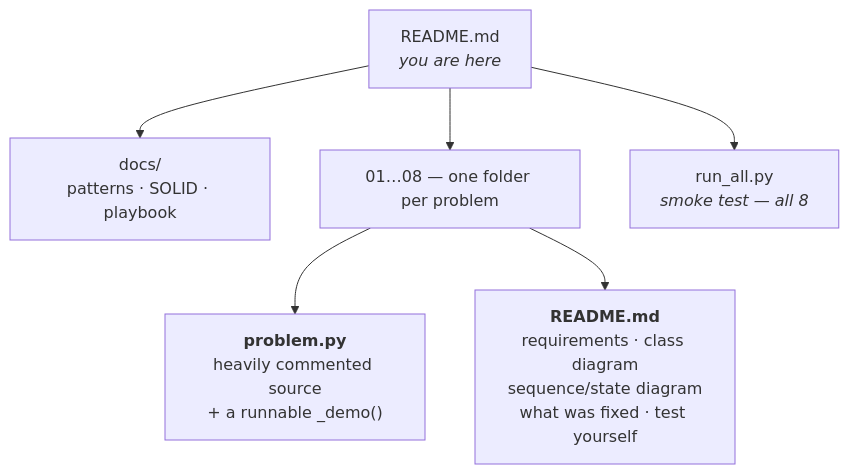
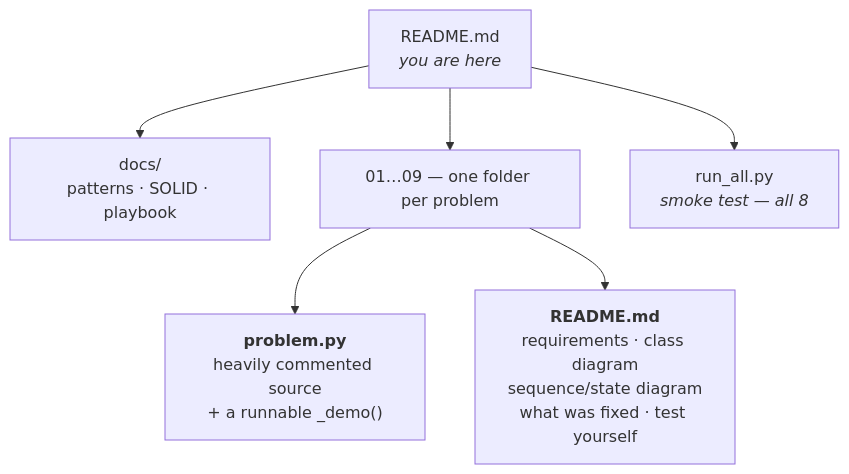
One commit to RaghavGanesh7/LowLevelDesign changed the diagram in README.md. Above: the diagram before and after it, drawn with Mermaid. The commit also changed other lines of this file and 5 other files, not shown here.

````diff
--- a/README.md
+++ b/README.md
@@ -48,8 +49,8 @@
 ```mermaid
 flowchart TD
     R["README.md<br/><i>you are here</i>"] --> D["docs/<br/>patterns · SOLID · playbook"]
-    R --> P["01…08 — one folder per problem"]
+    R --> P["01…09 — one folder per problem"]
     P --> PY["<b>problem.py</b><br/>heavily commented source<br/>+ a runnable _demo()"]
     P --> MD["<b>README.md</b><br/>requirements · class diagram<br/>sequence/state diagram<br/>what was fixed · test yourself"]
     R --> RA["run_all.py<br/><i>smoke test — all 8</i>"]
 ```
````
